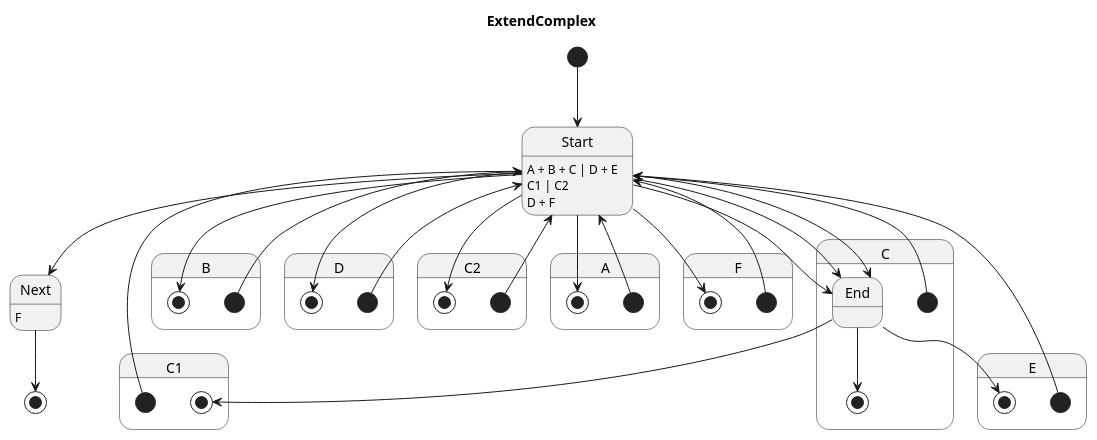
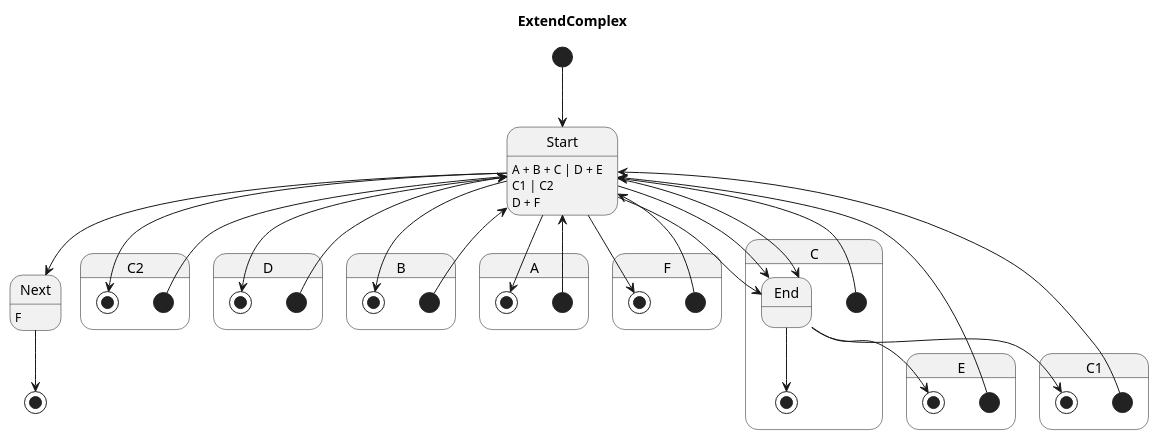
Before and after one commit to Pastor/Takt: the diagram in examples/generated/plantuml/extend_complex.puml, drawn with PlantUML. The commit also changed other lines of this file and 123 other files, not shown here.

```diff
--- a/examples/generated/plantuml/extend_complex.puml
+++ b/examples/generated/plantuml/extend_complex.puml
@@ -1,55 +1,55 @@
 @startuml
 title ExtendComplex
 
 [*] --> Start
 Next : F
 Next --> [*]
 Start : A + B + C | D + E
 Start --> Next
 
-state C {
-    [*] --> Start
-    End --> [*]
-    Start : C1 | C2
-    Start --> End
-}
-
-state B {
+state C2 {
     [*] --> Start
     Start --> [*]
 }
 
 state D {
     [*] --> Start
     Start --> [*]
 }
 
-state C2 {
+state B {
     [*] --> Start
     Start --> [*]
 }
 
 state A {
     [*] --> Start
     Start --> [*]
 }
 
-state C1 {
-    [*] --> Start
-    End --> [*]
-    Start --> End
-}
-
 state F {
     [*] --> Start
     Start --> [*]
+}
+
+state C {
+    [*] --> Start
+    End --> [*]
+    Start : C1 | C2
+    Start --> End
 }
 
 state E {
     [*] --> Start
     End --> [*]
     Start : D + F
     Start --> End
 }
 
+state C1 {
+    [*] --> Start
+    End --> [*]
+    Start --> End
+}
+
 @enduml
```
